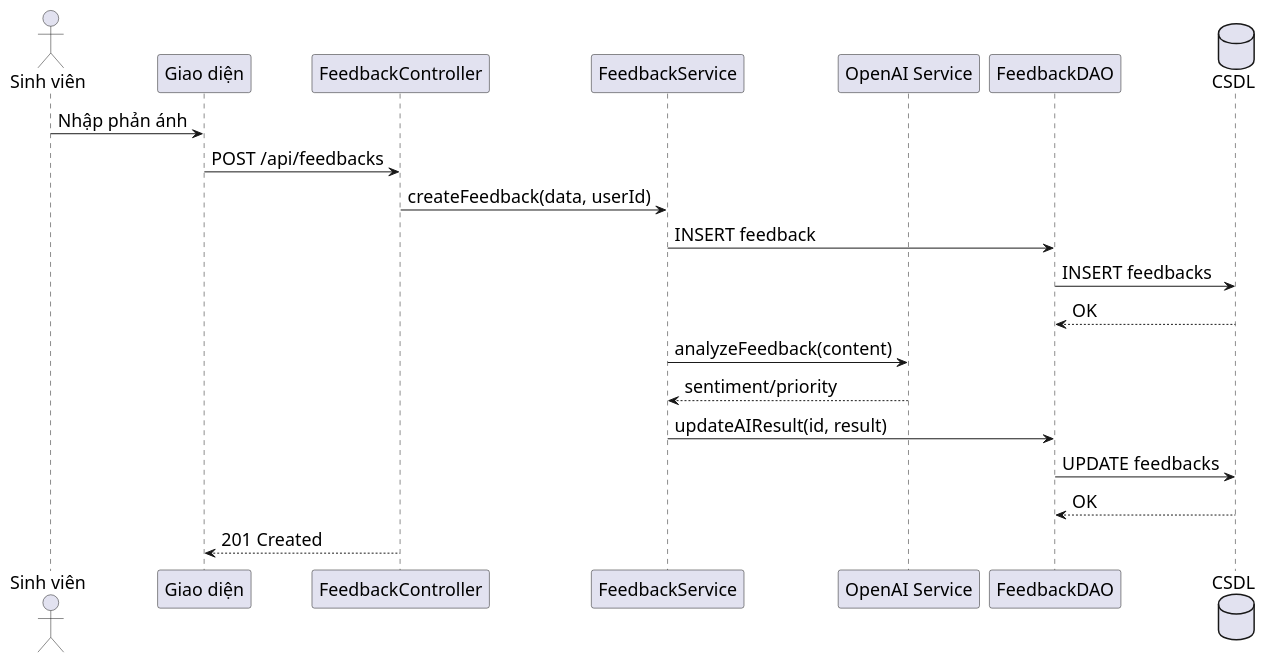
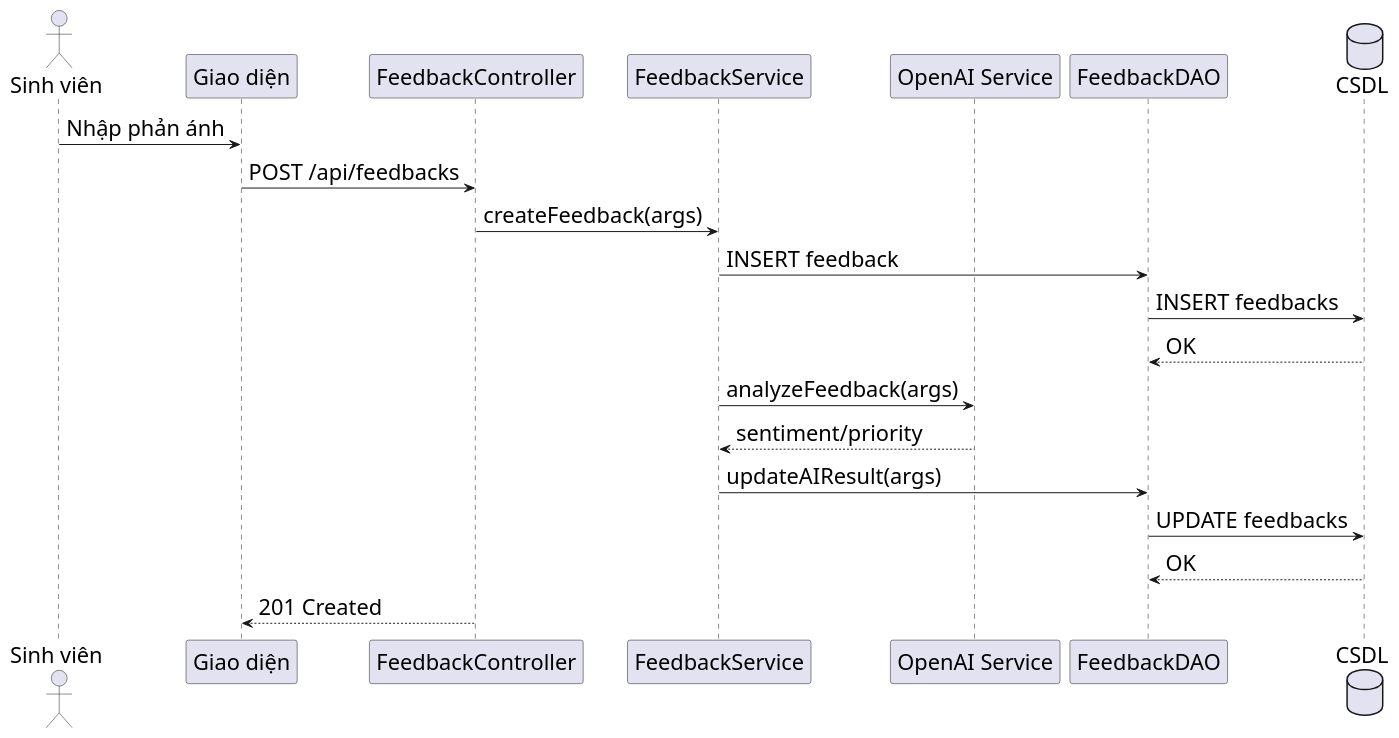
The diagram in diagrams/nhomphananh/feedback_create_ai_sequence.puml (s0nbuildtech287/dormitory-frontend), drawn with PlantUML before and after one commit. The commit also changed 66 other files, not shown here.

```diff
--- a/diagrams/nhomphananh/feedback_create_ai_sequence.puml
+++ b/diagrams/nhomphananh/feedback_create_ai_sequence.puml
@@ -1,24 +1,25 @@
 @startuml "Feedback Create AI Sequence"
-skinparam defaultFontSize 18
+skinparam defaultFontSize 22
 skinparam defaultFontName "Times New Roman"
+skinparam sequenceMessageSize 22
 actor "Sinh viên" as Student
 participant "Giao diện" as FE
 participant "FeedbackController" as FC
 participant "FeedbackService" as FS
 participant "OpenAI Service" as AI
 participant "FeedbackDAO" as FDAO
 database "CSDL" as DB
 
 Student -> FE: Nhập phản ánh
 FE -> FC: POST /api/feedbacks
-FC -> FS: createFeedback(data, userId)
+FC -> FS: createFeedback(args)
 FS -> FDAO: INSERT feedback
 FDAO -> DB: INSERT feedbacks
 DB --> FDAO: OK
-FS -> AI: analyzeFeedback(content)
+FS -> AI: analyzeFeedback(args)
 AI --> FS: sentiment/priority
-FS -> FDAO: updateAIResult(id, result)
+FS -> FDAO: updateAIResult(args)
 FDAO -> DB: UPDATE feedbacks
 DB --> FDAO: OK
 FC --> FE: 201 Created
 @enduml
```
